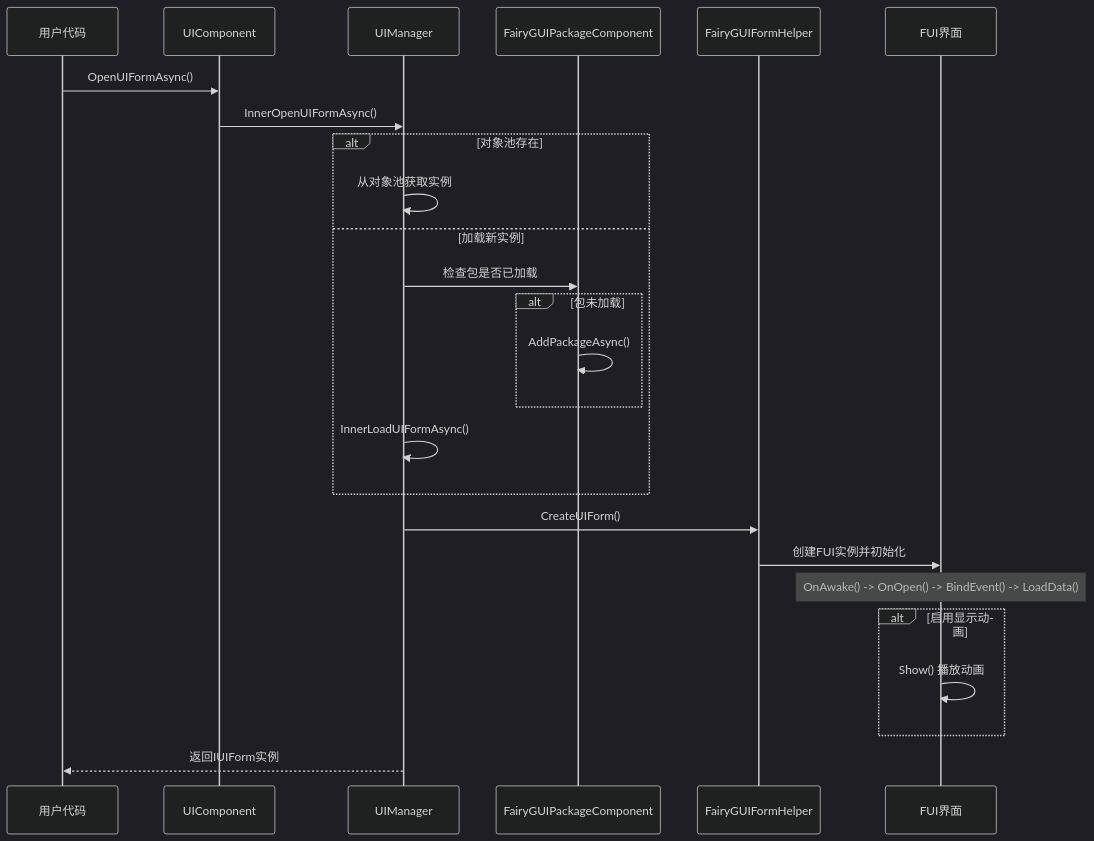
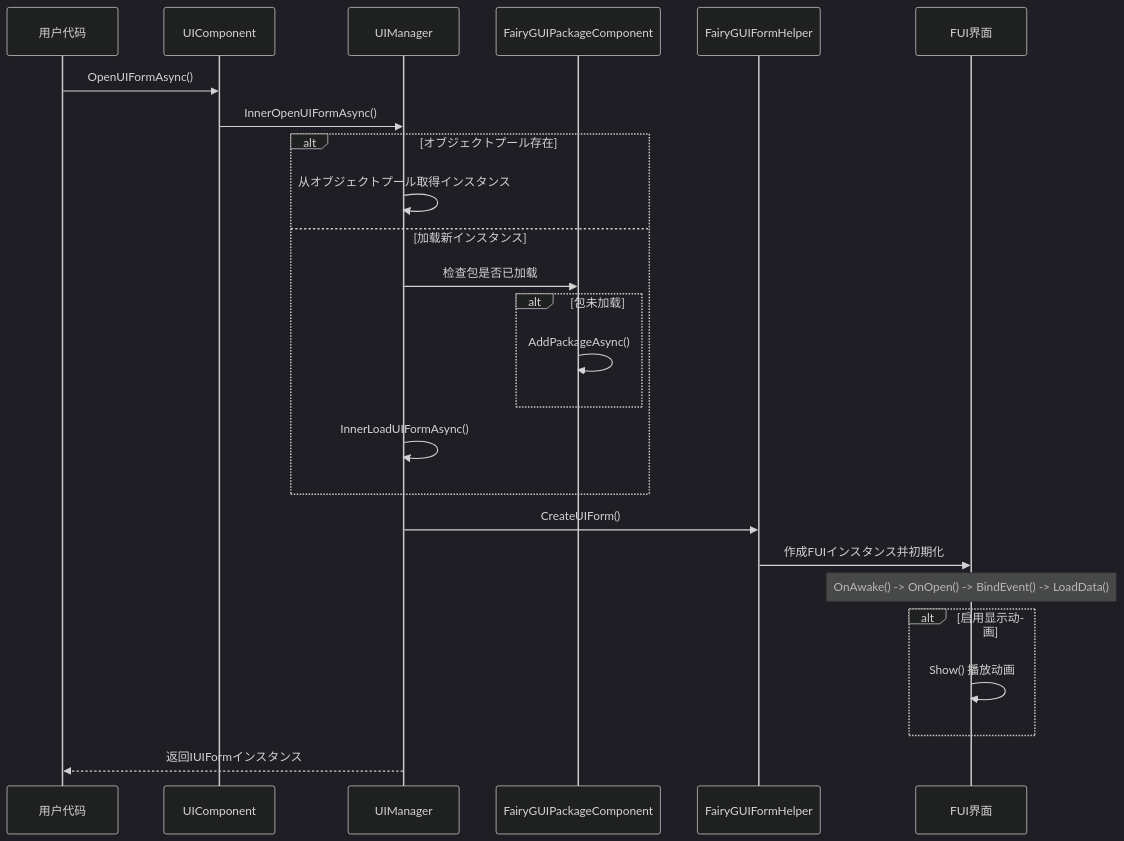
Before and after one commit to AlianBlank/GameFrameX.Docs: the second of 4 diagrams in docs/ja/client/unity/component/ui-fairygui/07.open-close-ui.md, drawn with Mermaid (dark theme). The commit also changed other lines of this file and 603 other files, not shown here.

````diff
--- a/docs/ja/client/unity/component/ui-fairygui/07.open-close-ui.md
+++ b/docs/ja/client/unity/component/ui-fairygui/07.open-close-ui.md
@@ -68,34 +68,34 @@
 ```mermaid
 sequenceDiagram
     participant User as 用户代码
     participant UIComp as UIComponent
     participant UIMgr as UIManager
     participant Package as FairyGUIPackageComponent
     participant Helper as FairyGUIFormHelper
     participant FUI as FUI界面
 
     User->>UIComp: OpenUIFormAsync()
     UIComp->>UIMgr: InnerOpenUIFormAsync()
     
-    alt 对象池存在
-        UIMgr->>UIMgr: 从对象池获取实例
-    else 加载新实例
+    alt オブジェクトプール存在
+        UIMgr->>UIMgr: 从オブジェクトプール取得インスタンス
+    else 加载新インスタンス
         UIMgr->>Package: 检查包是否已加载
         alt 包未加载
             Package->>Package: AddPackageAsync()
         end
         
         UIMgr->>UIMgr: InnerLoadUIFormAsync()
     end
     
     UIMgr->>Helper: CreateUIForm()
-    Helper->>FUI: 创建FUI实例并初始化
+    Helper->>FUI: 作成FUIインスタンス并初期化
     
     Note over FUI: OnAwake() -> OnOpen() -> BindEvent() -> LoadData()
     
     alt 启用显示动画
         FUI->>FUI: Show() 播放动画
     end
     
-    UIMgr-->>User: 返回IUIForm实例
+    UIMgr-->>User: 返回IUIFormインスタンス
 ```
````
